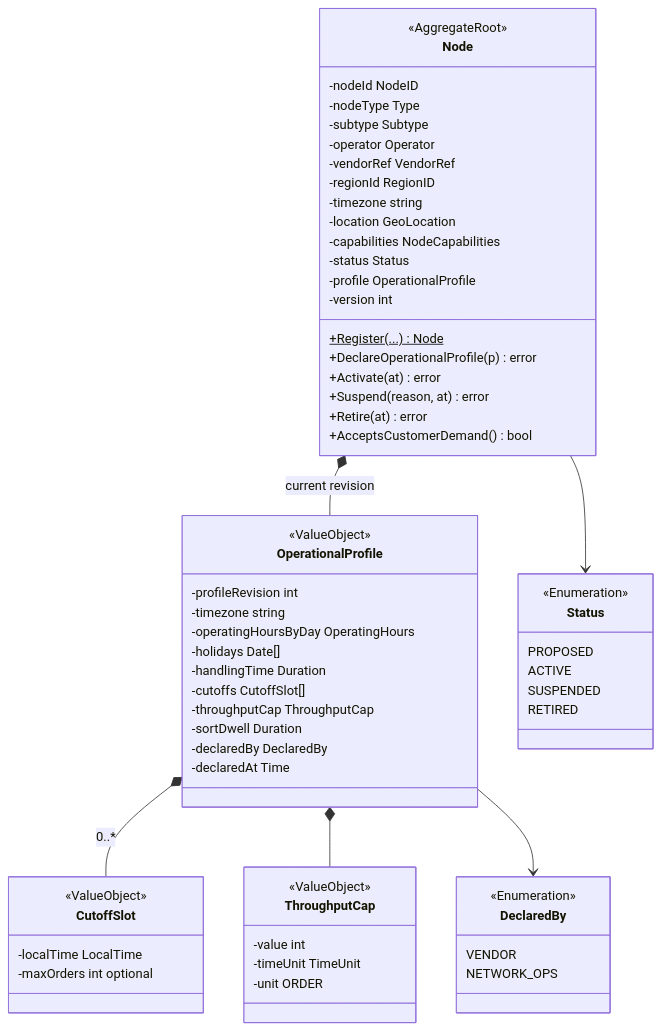
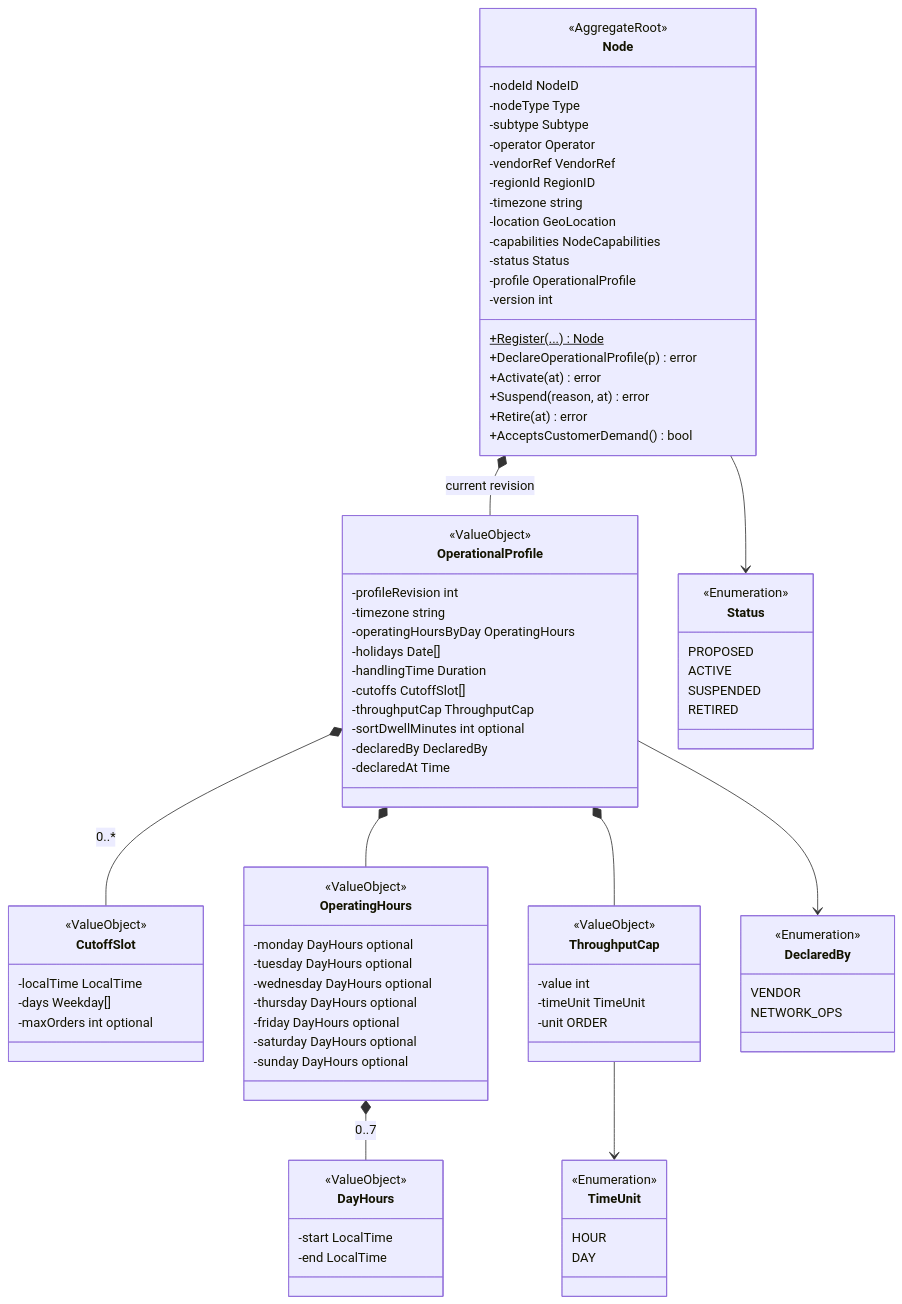
The first of 6 diagrams in network/docs/contexts/node-topology/class-diagram.md (IQVO/warehouse-docs), drawn with Mermaid before and after one commit. The commit also changed other lines of this file and 125 other files, not shown here.

````diff
--- a/network/docs/contexts/node-topology/class-diagram.md
+++ b/network/docs/contexts/node-topology/class-diagram.md
@@ -53,20 +53,41 @@
         -handlingTime Duration
         -cutoffs CutoffSlot[]
         -throughputCap ThroughputCap
-        -sortDwell Duration
+        -sortDwellMinutes int optional
         -declaredBy DeclaredBy
         -declaredAt Time
     }
     class CutoffSlot {
         <<ValueObject>>
         -localTime LocalTime
+        -days Weekday[]
         -maxOrders int optional
+    }
+    class OperatingHours {
+        <<ValueObject>>
+        -monday DayHours optional
+        -tuesday DayHours optional
+        -wednesday DayHours optional
+        -thursday DayHours optional
+        -friday DayHours optional
+        -saturday DayHours optional
+        -sunday DayHours optional
+    }
+    class DayHours {
+        <<ValueObject>>
+        -start LocalTime
+        -end LocalTime
     }
     class ThroughputCap {
         <<ValueObject>>
         -value int
         -timeUnit TimeUnit
         -unit ORDER
+    }
+    class TimeUnit {
+        <<Enumeration>>
+        HOUR
+        DAY
     }
     class DeclaredBy {
         <<Enumeration>>
@@ -83,6 +104,9 @@
     Node *-- OperationalProfile : current revision
     Node --> Status
     OperationalProfile *-- CutoffSlot : 0..*
+    OperationalProfile *-- OperatingHours
+    OperatingHours *-- DayHours : 0..7
     OperationalProfile *-- ThroughputCap
+    ThroughputCap --> TimeUnit
     OperationalProfile --> DeclaredBy
 ```
````
